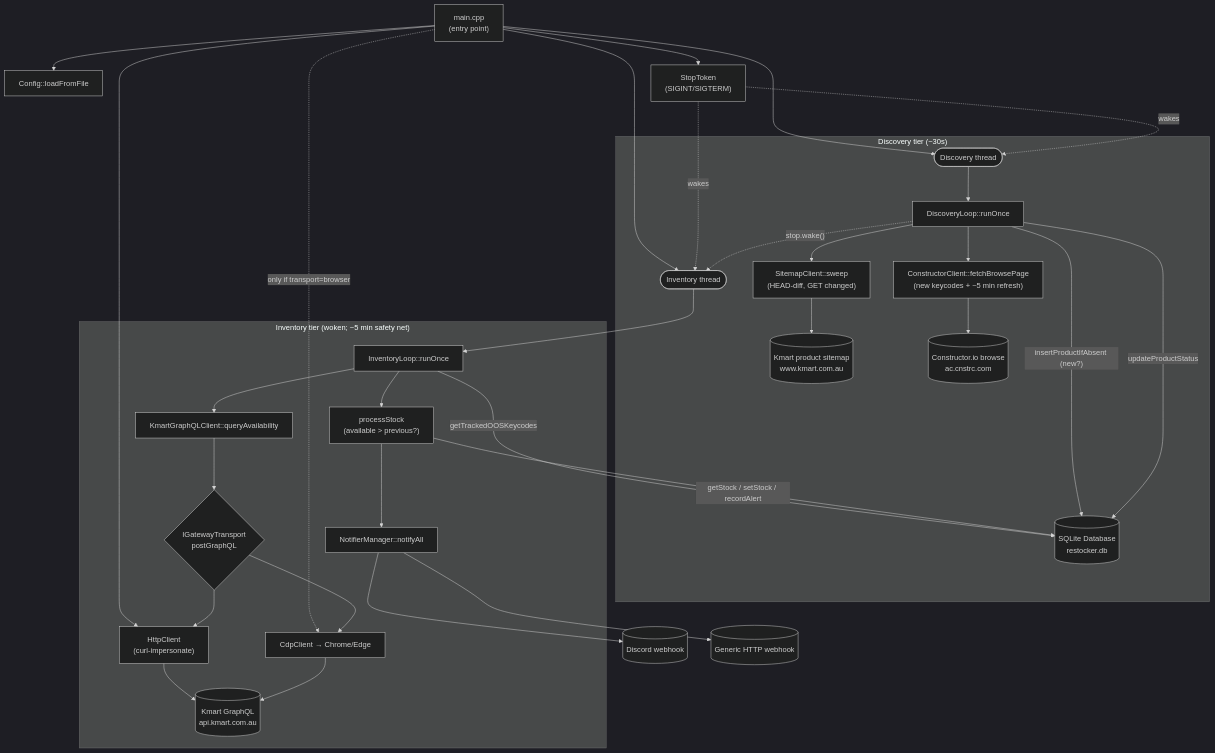
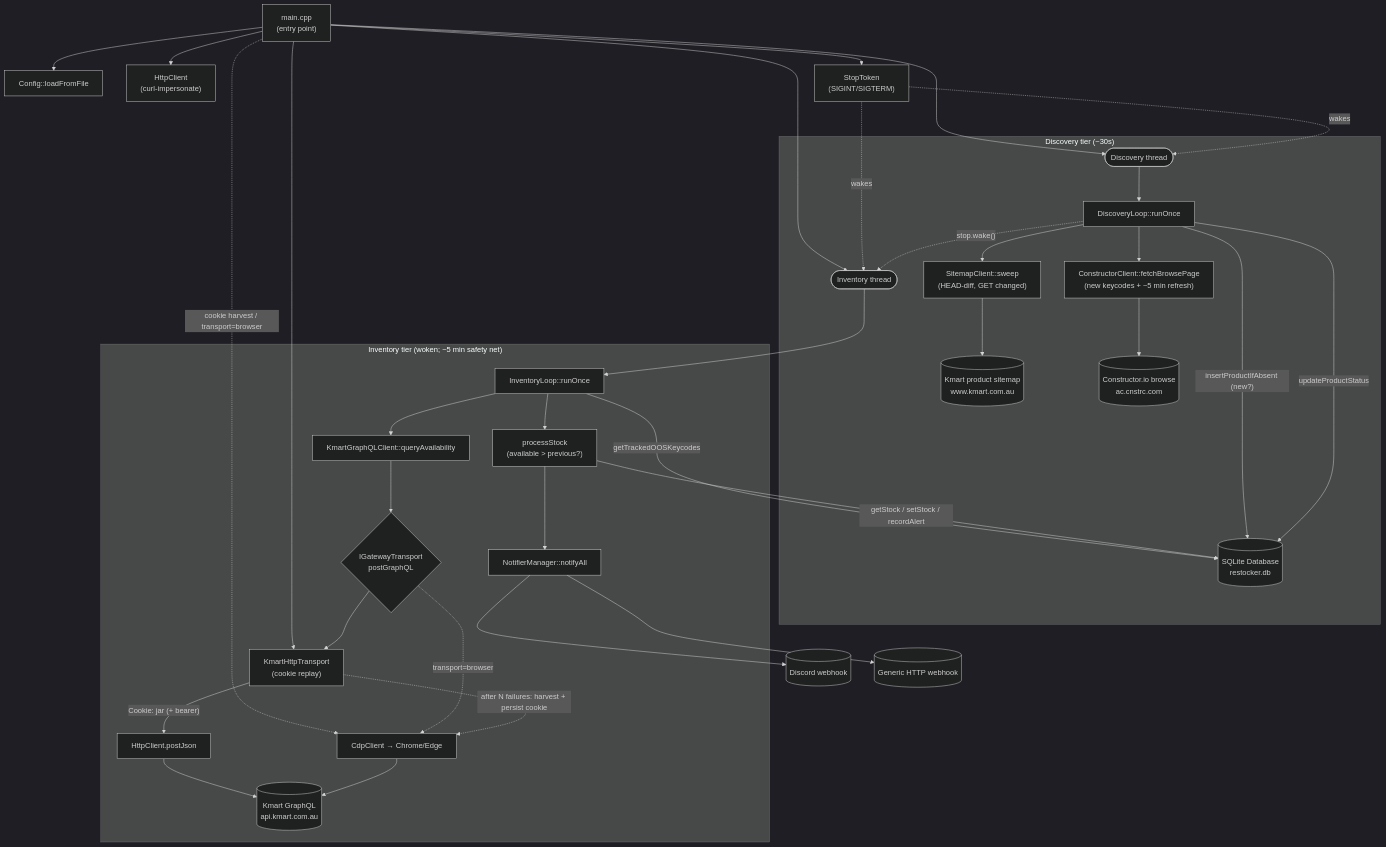
Before and after one commit to BrandonHannan/RestockerApp: the first of 2 diagrams in explanation.md, drawn with Mermaid (dark theme). The commit also changed other lines of this file and 16 other files, not shown here.

````diff
--- a/explanation.md
+++ b/explanation.md
@@ -40,40 +40,43 @@
 ```mermaid
 flowchart TD
   main["main.cpp<br/>(entry point)"] --> cfg["Config::loadFromFile"]
   main --> http["HttpClient<br/>(curl-impersonate)"]
-  main -. only if transport=browser .-> cdp["CdpClient → Chrome/Edge"]
+  main --> kht["KmartHttpTransport<br/>(cookie replay)"]
+  main -. cookie harvest / transport=browser .-> cdp["CdpClient → Chrome/Edge"]
   main --> dthread(["Discovery thread"])
   main --> ithread(["Inventory thread"])
   main --> stop["StopToken<br/>(SIGINT/SIGTERM)"]
 
   stop -.wakes.-> dthread
   stop -.wakes.-> ithread
 
   subgraph Discovery["Discovery tier (~30s)"]
     dthread --> dloop["DiscoveryLoop::runOnce"]
     dloop --> sm["SitemapClient::sweep<br/>(HEAD-diff, GET changed)"]
     sm --> smap[("Kmart product sitemap<br/>www.kmart.com.au")]
     dloop -->|"insertProductIfAbsent (new?)"| db[("SQLite Database<br/>restocker.db")]
     dloop --> cc["ConstructorClient::fetchBrowsePage<br/>(new keycodes + ~5 min refresh)"]
     cc --> ctor[("Constructor.io browse<br/>ac.cnstrc.com")]
     dloop -->|"updateProductStatus"| db
     dloop -.->|"stop.wake()"| ithread
   end
 
   subgraph Inventory["Inventory tier (woken; ~5 min safety net)"]
     ithread --> iloop["InventoryLoop::runOnce"]
     iloop -->|"getTrackedOOSKeycodes"| db
     iloop --> kc["KmartGraphQLClient::queryAvailability"]
     kc --> gw{"IGatewayTransport<br/>postGraphQL"}
-    gw --> http
-    gw --> cdp
-    http --> kmart[("Kmart GraphQL<br/>api.kmart.com.au")]
+    gw --> kht
+    gw -. transport=browser .-> cdp
+    kht -->|"Cookie: jar (+ bearer)"| http2["HttpClient.postJson"]
+    kht -. "after N failures: harvest + persist cookie" .-> cdp
+    http2 --> kmart[("Kmart GraphQL<br/>api.kmart.com.au")]
     cdp --> kmart
     iloop --> ps["processStock<br/>(available &gt; previous?)"]
     ps -->|"getStock / setStock / recordAlert"| db
     ps --> nm["NotifierManager::notifyAll"]
   end
 
   nm --> disc[("Discord webhook")]
   nm --> web[("Generic HTTP webhook")]
 ```
````
